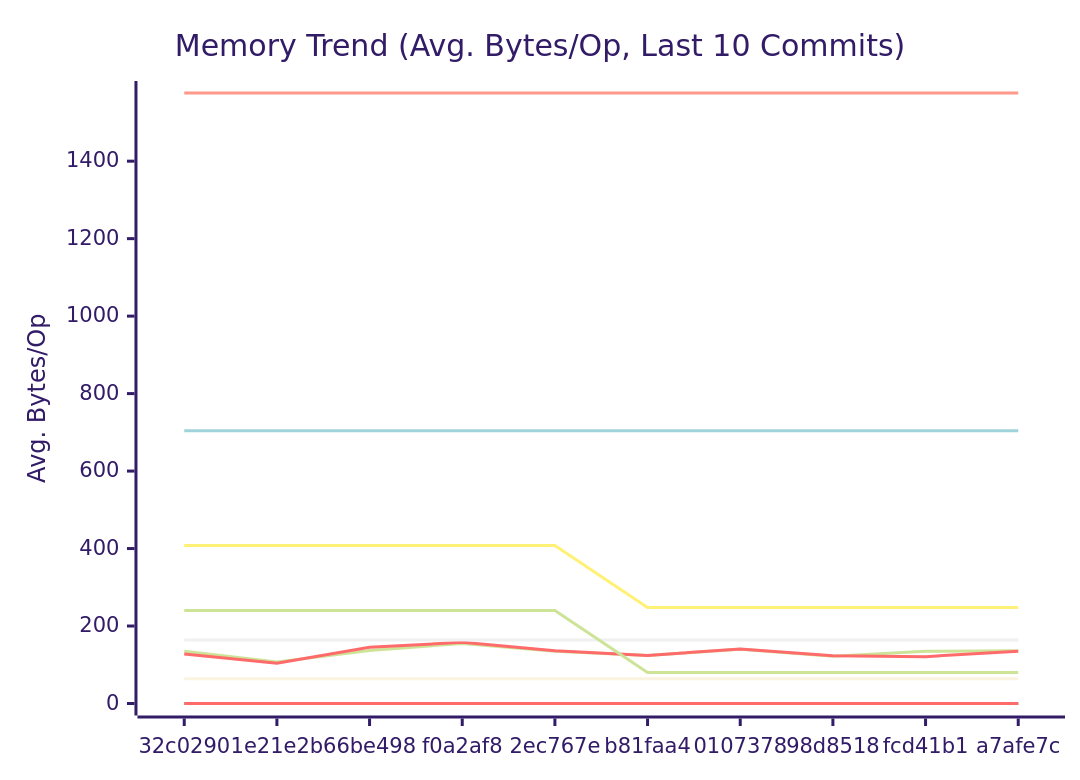
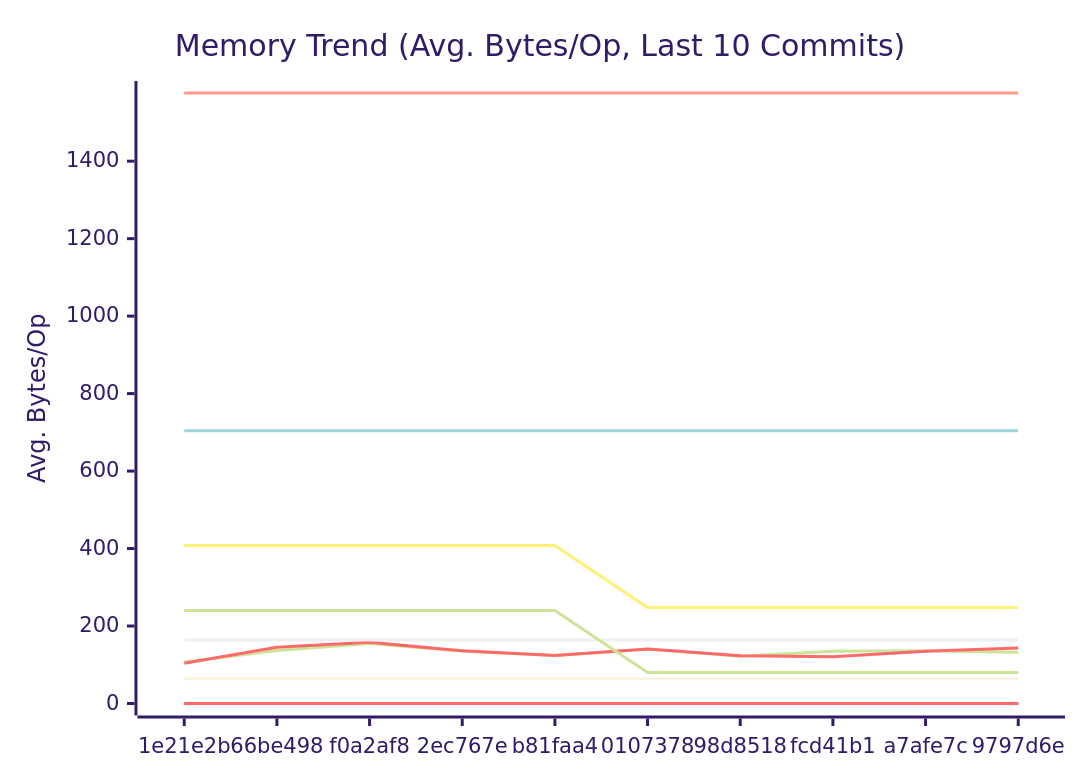
The second of 3 diagrams in docs/PERFORMANCE.md (alsotoes/momo), drawn with Mermaid (forest theme) before and after one commit. The commit also changed other lines of this file and 2 other files, not shown here.

````diff
--- a/docs/PERFORMANCE.md
+++ b/docs/PERFORMANCE.md
@@ -171,20 +171,20 @@
 ```mermaid
 xychart-beta
     title "Memory Trend (Avg. Bytes/Op, Last 10 Commits)"
     x-axis "Commit"
     y-axis "Avg. Bytes/Op"
-    x-axis [32c0290,1e21e2b,66be498,f0a2af8,2ec767e,b81faa4,0107378,98d8518,fcd41b1,a7afe7c]
-    line "AWSChunkedReaderSigned" [135,107,137,155,135,124,140,122,135,136]
-    line "AWSChunkedReaderUnsigned" [128,104,145,158,136,124,141,123,121,135]
+    x-axis [1e21e2b,66be498,f0a2af8,2ec767e,b81faa4,0107378,98d8518,fcd41b1,a7afe7c,9797d6e]
+    line "AWSChunkedReaderSigned" [107,137,155,135,124,140,122,135,136,132]
+    line "AWSChunkedReaderUnsigned" [104,145,158,136,124,141,123,121,135,143]
     line "CheckMetricsAndSwap" [0,0,0,0,0,0,0,0,0,0]
     line "CrushOptimized" [0,0,0,0,0,0,0,0,0,0]
     line "CrushOriginal" [164,164,164,164,164,164,164,164,164,164]
     line "IndexDirectTracking" [0,0,0,0,0,0,0,0,0,0]
     line "IndexSearch" [0,0,0,0,0,0,0,0,0,0]
     line "LoadGlobalConfig" [1576,1576,1576,1576,1576,1576,1576,1576,1576,1576]
     line "PadString" [64,64,64,64,64,64,64,64,64,64]
     line "ParseReplicationOrder_NoPrealloc" [408,408,408,408,408,248,248,248,248,248]
     line "ParseReplicationOrder_Prealloc" [240,240,240,240,240,80,80,80,80,80]
     line "SanitizeLog/Safe" [0,0,0,0,0,0,0,0,0,0]
     line "SanitizeLog/Unsafe" [704,704,704,704,704,704,704,704,704,704]
 ```
````
